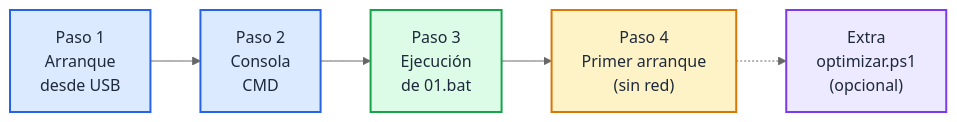
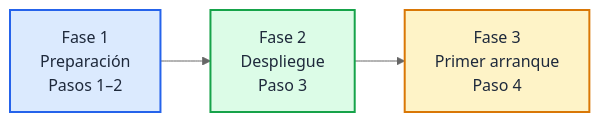
One commit to DUVAN04/windows-image-deployment changed the diagram in docs/README-03.md. Above: the diagram before and after it, drawn with Mermaid (neutral theme). The commit also changed other lines of this file, not shown here.

````diff
--- a/docs/README-03.md
+++ b/docs/README-03.md
@@ -3,17 +3,13 @@
 ```mermaid
 flowchart LR
-    A["Paso 1<br/>Arranque<br/>desde USB"] --> B["Paso 2<br/>Consola<br/>CMD"]
-    B --> C["Paso 3<br/>Ejecución<br/>de 01.bat"]
-    C --> D["Paso 4<br/>Primer arranque<br/>(sin red)"]
-    D -.-> E["Extra<br/>optimizar.ps1<br/>(opcional)"]
+    A["Fase 1<br/>Preparación<br/>Pasos 1–2"] --> B["Fase 2<br/>Despliegue<br/>Paso 3"]
+    B --> C["Fase 3<br/>Primer arranque<br/>Paso 4"]
 
     classDef f1 fill:#DBEAFE,stroke:#2563EB,stroke-width:2px,color:#1E293B
     classDef f2 fill:#DCFCE7,stroke:#16A34A,stroke-width:2px,color:#1E293B
     classDef f3 fill:#FEF3C7,stroke:#D97706,stroke-width:2px,color:#1E293B
-    classDef f4 fill:#EDE9FE,stroke:#7C3AED,stroke-width:2px,color:#1E293B
 
-    class A,B f1
-    class C f2
-    class D f3
-    class E f4
+    class A f1
+    class B f2
+    class C f3
 ```
````
